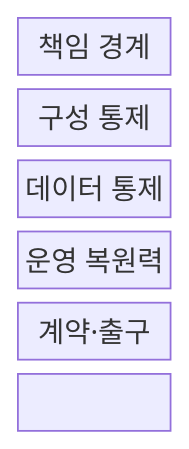
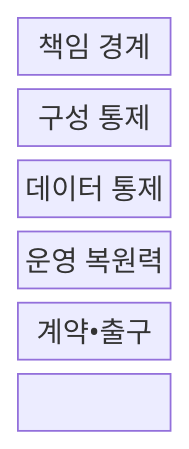
The first of 2 diagrams in src/content/docs/notes/06-evaluation/047_cloud_service_audit.md (agnusdei1207/knowledge-base), drawn with Mermaid before and after one commit. The commit also changed other lines of this file and 953 other files, not shown here.

````diff
--- a/src/content/docs/notes/06-evaluation/047_cloud_service_audit.md
+++ b/src/content/docs/notes/06-evaluation/047_cloud_service_audit.md
@@ -66,11 +66,11 @@
 ```mermaid
 block-beta
   columns 1
   R["책임 경계"]
   C["구성 통제"]
   D["데이터 통제"]
   O["운영 복원력"]
-  E["계약·출구"]
+  E["계약•출구"]
   R --> C --> D
   D --> O --> E
 ```
````
